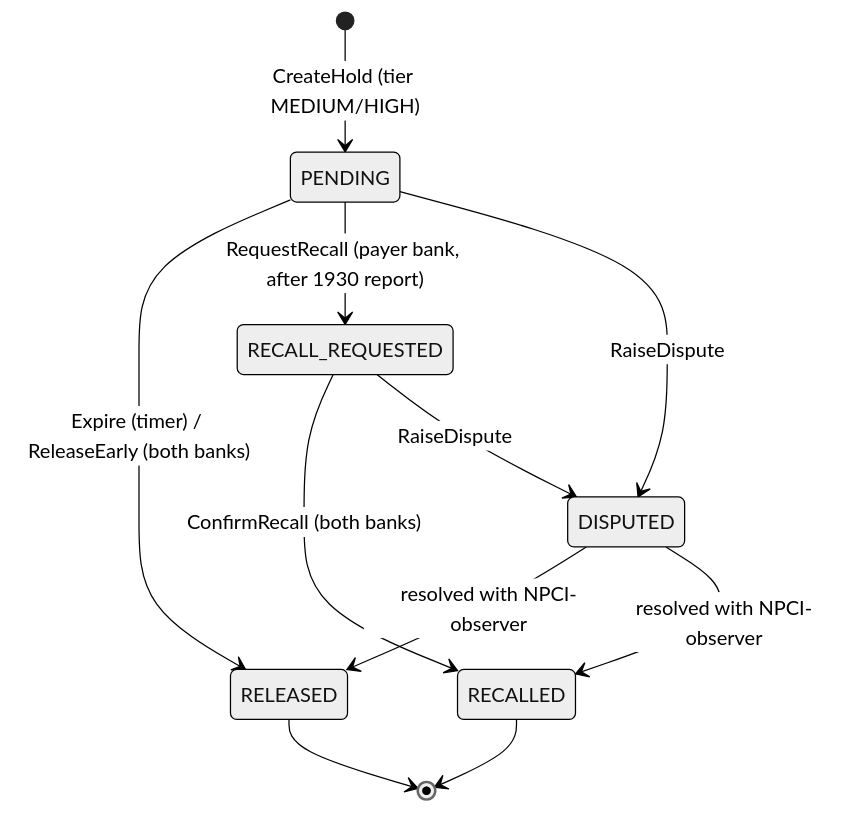
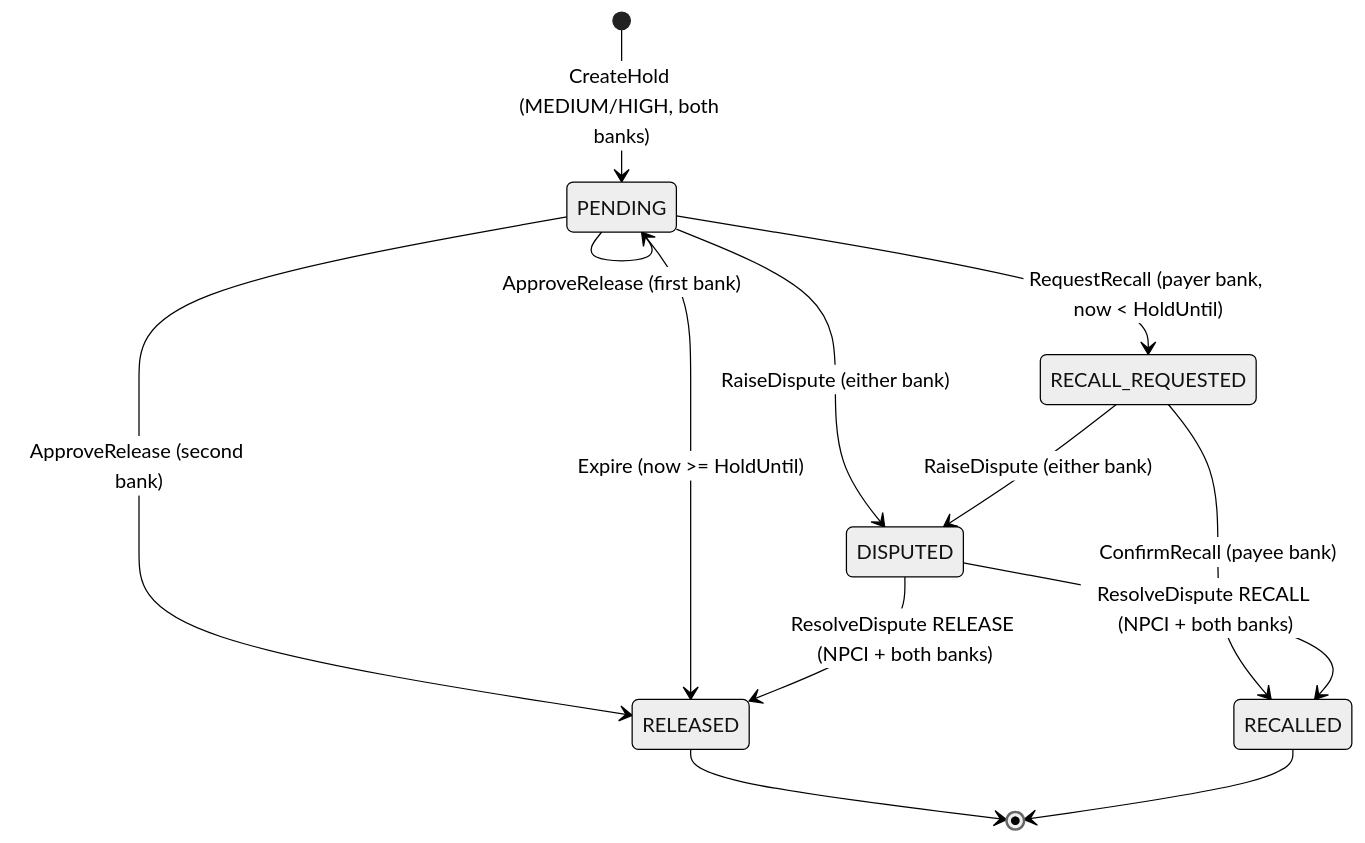
The second of 6 diagrams in docs/ARCHITECTURE.md (Karman580/TwoKey), drawn with Mermaid (neutral theme) before and after one commit. The commit also changed other lines of this file and 43 other files, not shown here.

````diff
--- a/docs/ARCHITECTURE.md
+++ b/docs/ARCHITECTURE.md
@@ -67,13 +55,15 @@
 ```mermaid
 stateDiagram-v2
-  [*] --> PENDING: CreateHold (tier MEDIUM/HIGH)
-  PENDING --> RELEASED: Expire (timer) / ReleaseEarly (both banks)
-  PENDING --> RECALL_REQUESTED: RequestRecall (payer bank, after 1930 report)
-  RECALL_REQUESTED --> RECALLED: ConfirmRecall (both banks)
-  RECALL_REQUESTED --> DISPUTED: RaiseDispute
-  PENDING --> DISPUTED: RaiseDispute
-  DISPUTED --> RELEASED: resolved with NPCI-observer
-  DISPUTED --> RECALLED: resolved with NPCI-observer
+  [*] --> PENDING: CreateHold (MEDIUM/HIGH, both banks)
+  PENDING --> PENDING: ApproveRelease (first bank)
+  PENDING --> RELEASED: ApproveRelease (second bank)
+  PENDING --> RELEASED: Expire (now >= HoldUntil)
+  PENDING --> RECALL_REQUESTED: RequestRecall (payer bank, now < HoldUntil)
+  RECALL_REQUESTED --> RECALLED: ConfirmRecall (payee bank)
+  PENDING --> DISPUTED: RaiseDispute (either bank)
+  RECALL_REQUESTED --> DISPUTED: RaiseDispute (either bank)
+  DISPUTED --> RELEASED: ResolveDispute RELEASE (NPCI + both banks)
+  DISPUTED --> RECALLED: ResolveDispute RECALL (NPCI + both banks)
   RELEASED --> [*]
   RECALLED --> [*]
 ```
````
